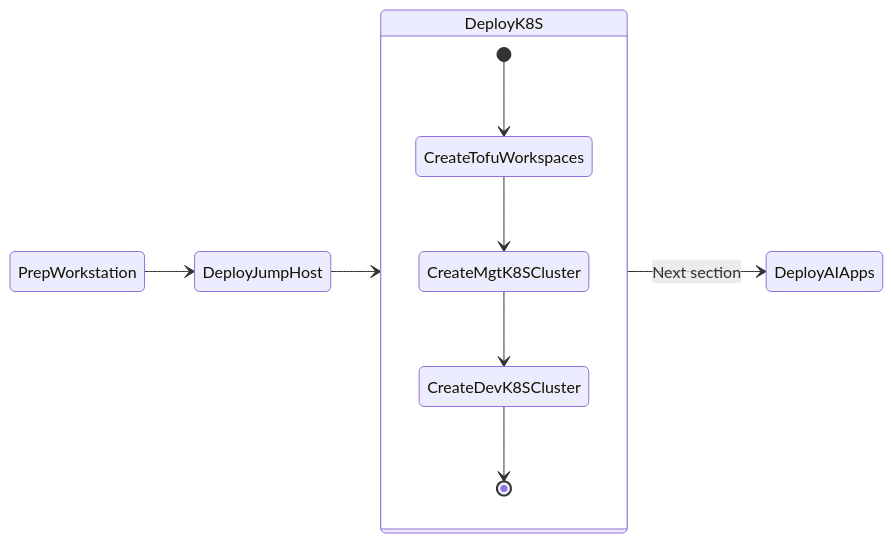
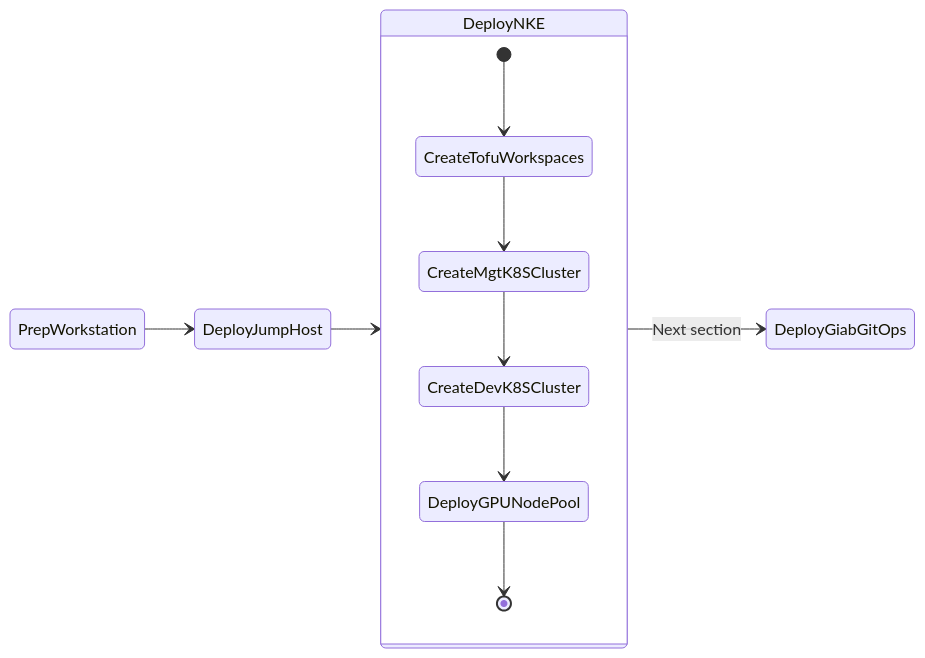
One commit to nutanix-japan/nai-llm changed the diagram in docs/infra/infra_nke.md. Above: the diagram before and after it, drawn with Mermaid. The commit also changed 7 other files, not shown here.

````diff
--- a/docs/infra/infra_nke.md
+++ b/docs/infra/infra_nke.md
@@ -7,15 +7,16 @@
 ```mermaid
 stateDiagram-v2
     direction LR
     
-    state DeployK8S {
+    state DeployNKE {
         [*] --> CreateTofuWorkspaces
         CreateTofuWorkspaces --> CreateMgtK8SCluster
         CreateMgtK8SCluster --> CreateDevK8SCluster
-        CreateDevK8SCluster --> [*]
+        CreateDevK8SCluster --> DeployGPUNodePool
+        DeployGPUNodePool --> [*]
     }
 
     PrepWorkstation --> DeployJumpHost 
-    DeployJumpHost --> DeployK8S 
-    DeployK8S --> DeployAIApps : Next section
+    DeployJumpHost --> DeployNKE
+    DeployNKE --> DeployGiabGitOps : Next section
 ```
````
